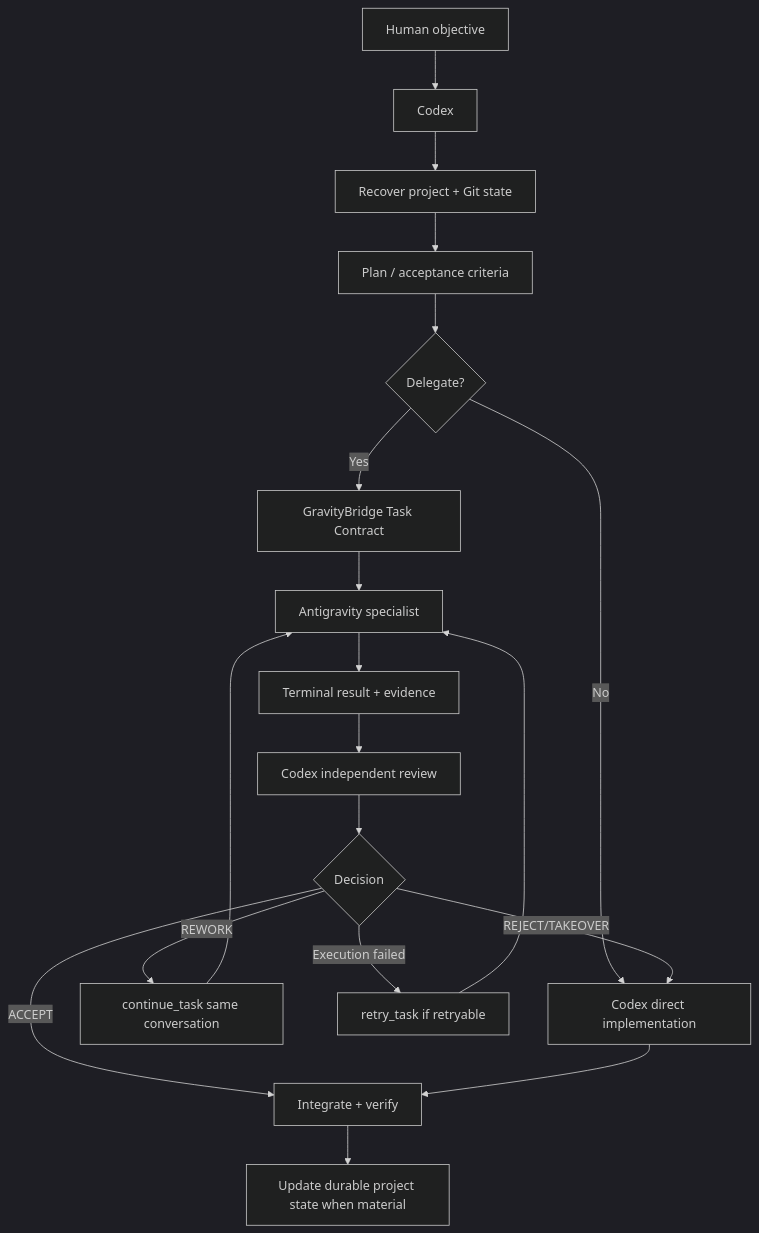
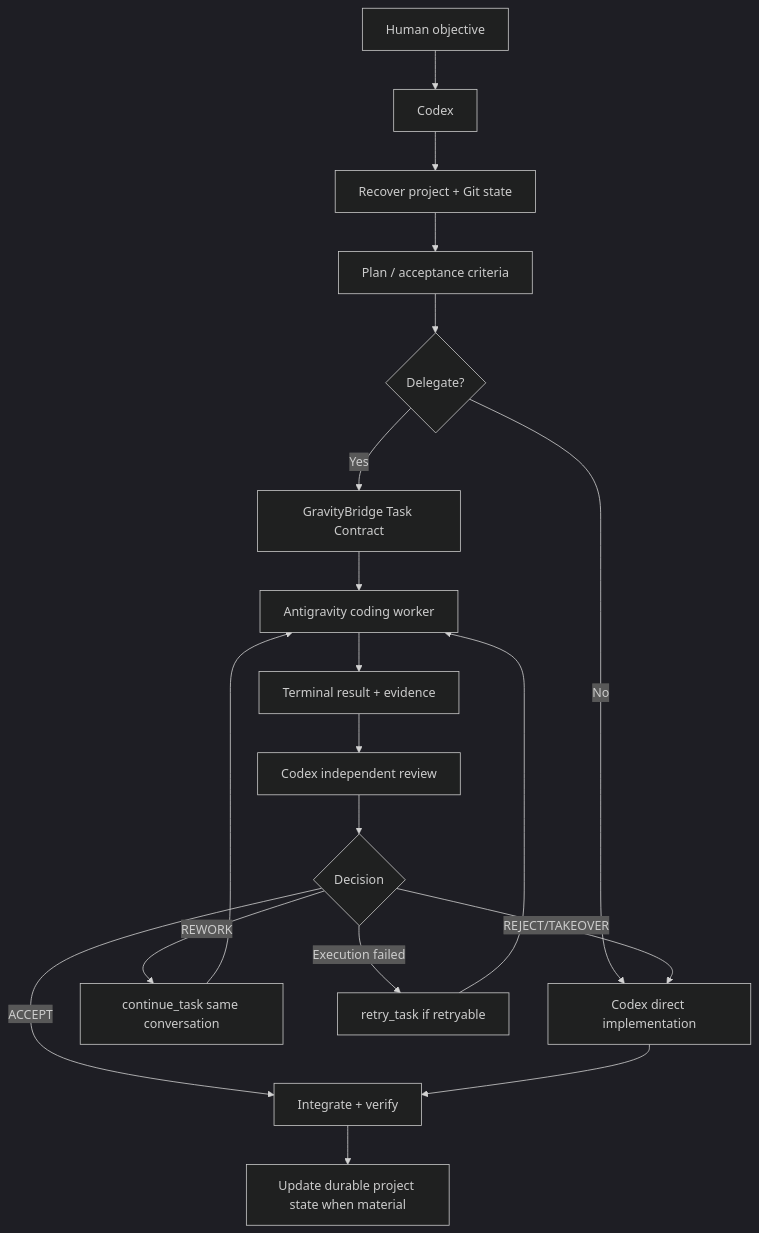
Before and after one commit to hts2008/Codex_X_Antigravity_CLI: the diagram in protocol/PROMPT_SYSTEM.md, drawn with Mermaid (dark theme). The commit also changed 65 other files, not shown here.

````diff
--- a/protocol/PROMPT_SYSTEM.md
+++ b/protocol/PROMPT_SYSTEM.md
@@ -98,21 +98,21 @@
 ```mermaid
 flowchart TD
     H[Human objective] --> C[Codex]
     C --> S[Recover project + Git state]
     S --> P[Plan / acceptance criteria]
     P --> D{Delegate?}
     D -->|No| CD[Codex direct implementation]
     D -->|Yes| GB[GravityBridge Task Contract]
-    GB --> A[Antigravity specialist]
+    GB --> A[Antigravity coding worker]
     A --> R[Terminal result + evidence]
     R --> CR[Codex independent review]
     CR --> V{Decision}
     V -->|ACCEPT| I[Integrate + verify]
     V -->|REWORK| RW[continue_task same conversation]
     RW --> A
     V -->|Execution failed| RT[retry_task if retryable]
     RT --> A
     V -->|REJECT/TAKEOVER| CD
     CD --> I
     I --> M[Update durable project state when material]
 ```
````
